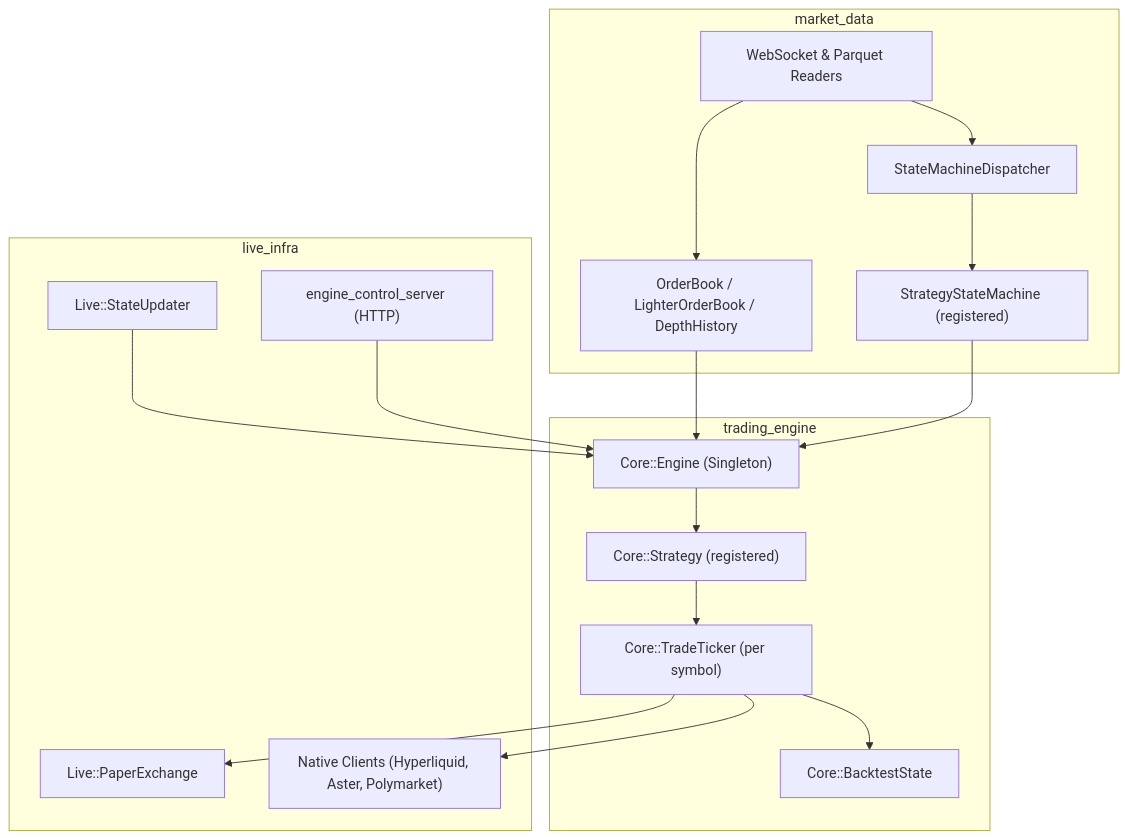
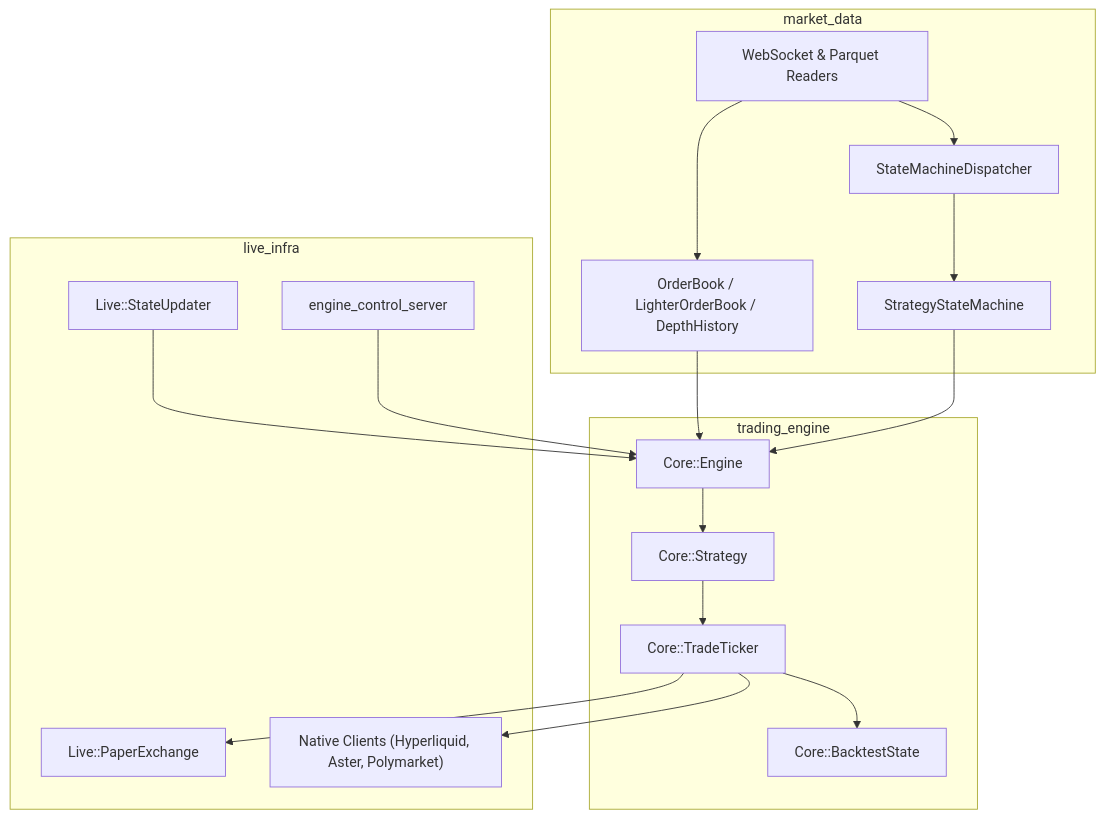
One commit to JNeuvonen/keronisengine changed the diagram in docs/architecture.md. Above: the diagram before and after it, drawn with Mermaid. The commit also changed other lines of this file and 13 other files, not shown here.

````diff
--- a/docs/architecture.md
+++ b/docs/architecture.md
@@ -7,32 +5,32 @@
 ```mermaid
 graph TD
     subgraph MarketData ["market_data"]
         STREAMS["WebSocket & Parquet Readers"]
         BOOKS["OrderBook / LighterOrderBook / DepthHistory"]
         DISP["StateMachineDispatcher"]
-        SM["StrategyStateMachine (registered)"]
+        SM["StrategyStateMachine"]
     end
 
     subgraph Engine ["trading_engine"]
-        CORE["Core::Engine (Singleton)"]
-        STRAT["Core::Strategy (registered)"]
-        TICK["Core::TradeTicker (per symbol)"]
+        CORE["Core::Engine"]
+        STRAT["Core::Strategy"]
+        TICK["Core::TradeTicker"]
         BT["Core::BacktestState"]
     end
 
     subgraph Live ["live_infra"]
         UPD["Live::StateUpdater"]
         PAPER["Live::PaperExchange"]
         EXCH["Native Clients (Hyperliquid, Aster, Polymarket)"]
-        ECS["engine_control_server (HTTP)"]
+        ECS["engine_control_server"]
     end
 
     STREAMS --> BOOKS --> CORE
     STREAMS --> DISP --> SM --> CORE
     CORE --> STRAT --> TICK
     TICK --> BT
     TICK --> PAPER
     TICK --> EXCH
     UPD --> CORE
     ECS --> CORE
 ```
````
